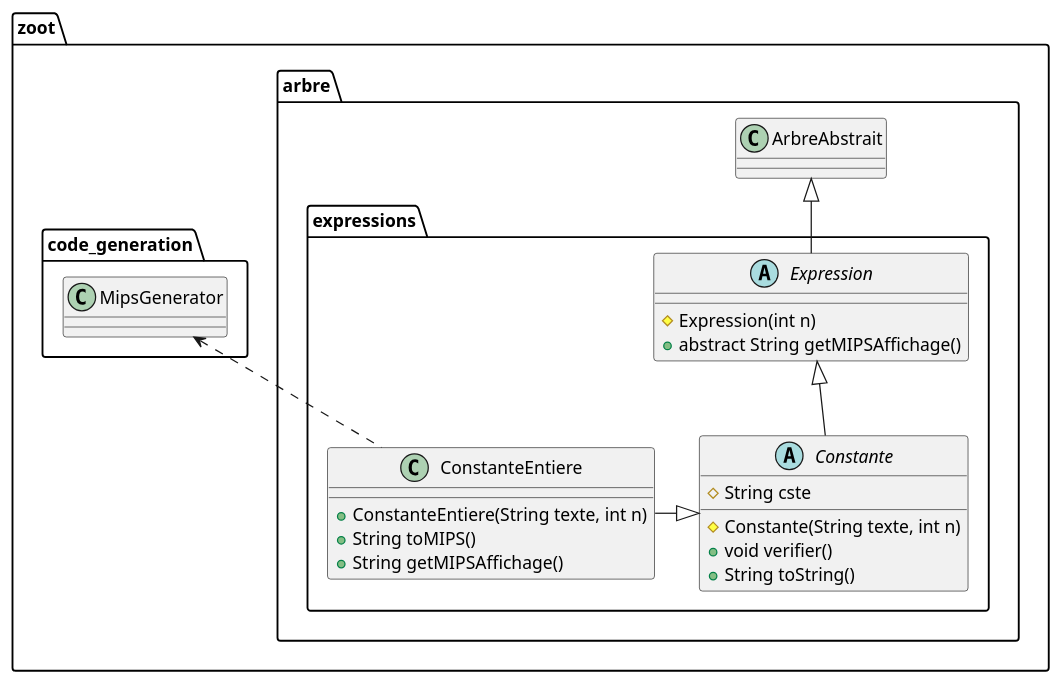
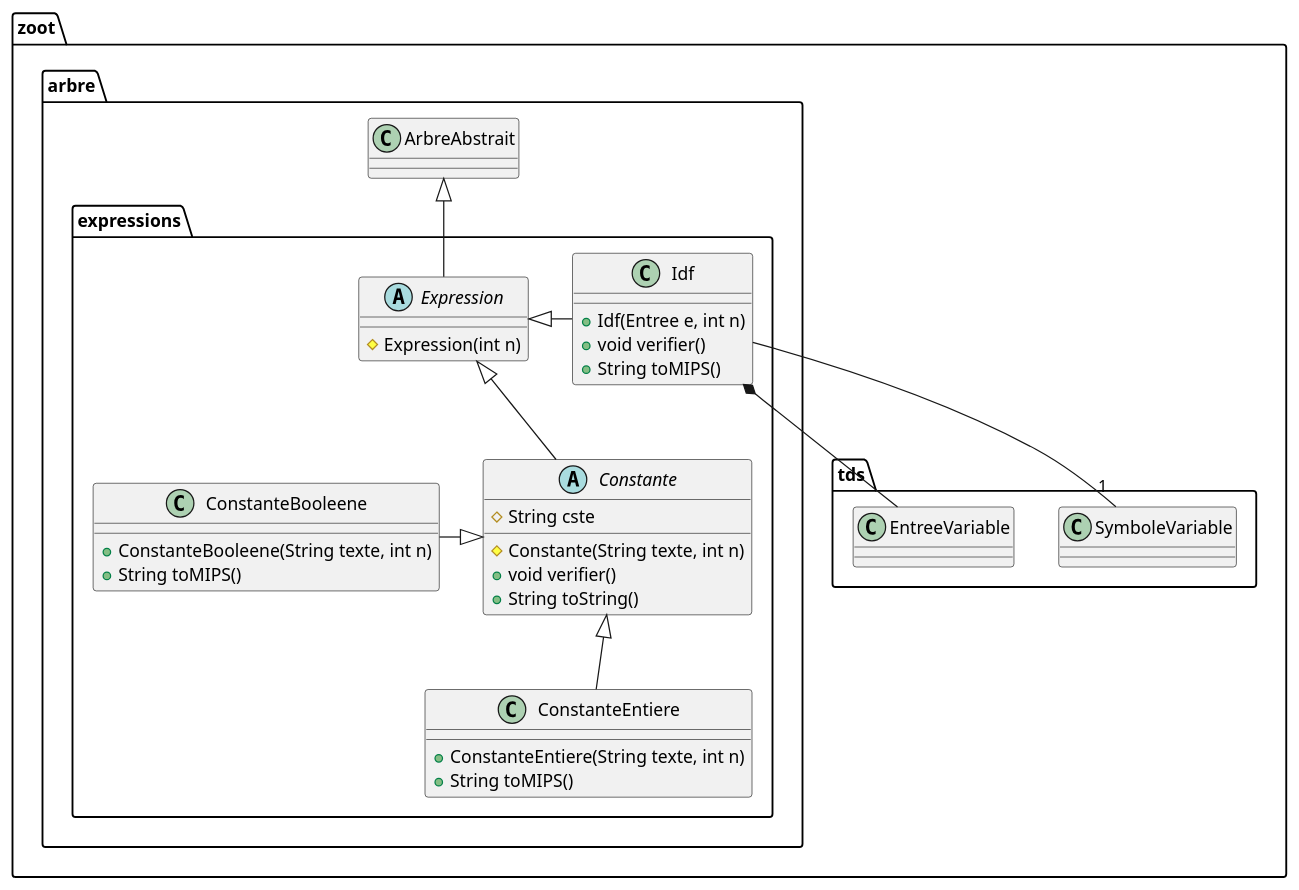
The diagram in diagrammes/classe/expressions.puml (lmtb06/zoot), drawn with PlantUML before and after one commit. The commit also changed 7 other files, not shown here.

Commit message:
Mise à jour des différents diagrammes: + Diagramme d'activité + Diagrammes de classes :   + Ajout de quelques classes   + Corrections mineures

```diff
--- a/diagrammes/classe/expressions.puml
+++ b/diagrammes/classe/expressions.puml
@@ -1,28 +1,40 @@
 @startuml "Package expressions"
 namespace zoot.arbre.expressions {
     ' Includes
     ' Classes
     abstract class Constante {
         # String cste
         # Constante(String texte, int n)
         + void verifier()
         + String toString()
     }
 
     class ConstanteEntiere {
         + ConstanteEntiere(String texte, int n)
         + String toMIPS()
-        + String getMIPSAffichage()
+    }
+
+    class ConstanteBooleene {
+        + ConstanteBooleene(String texte, int n)
+        + String toMIPS()
+    }
+
+    class Idf {
+        + Idf(Entree e, int n)
+        + void verifier()
+        + String toMIPS()
     }
 
     abstract class Expression {
         # Expression(int n)
-        + abstract String getMIPSAffichage()
     }
     ' Relations entre les classes
+    Idf -right-|> Expression
+    Idf --"1" zoot.tds.SymboleVariable
+    Idf *-- zoot.tds.EntreeVariable
     Constante -up-|> Expression
-    ConstanteEntiere -right-|> Constante
+    ConstanteEntiere -up-|> Constante
+    ConstanteBooleene -right-|> Constante
     Expression -up-|> zoot.arbre.ArbreAbstrait
-    ConstanteEntiere .up.> zoot.code_generation.MipsGenerator
 }
 @enduml
```
